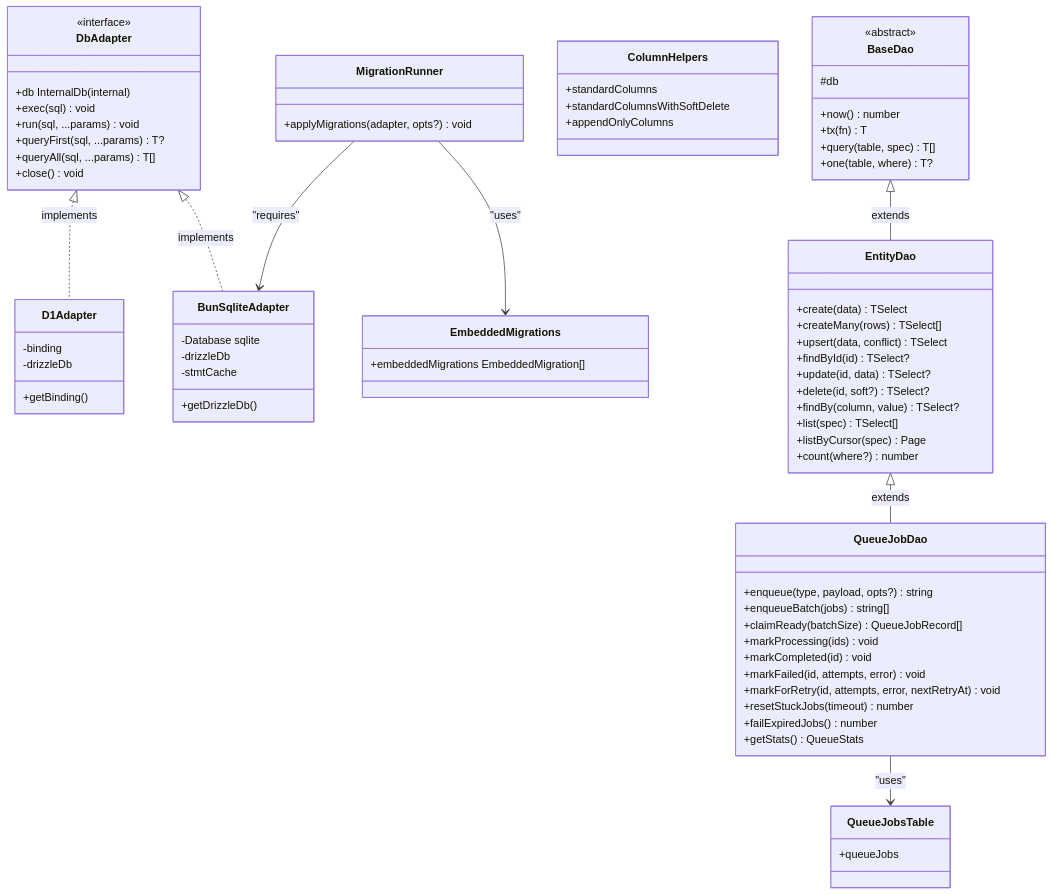
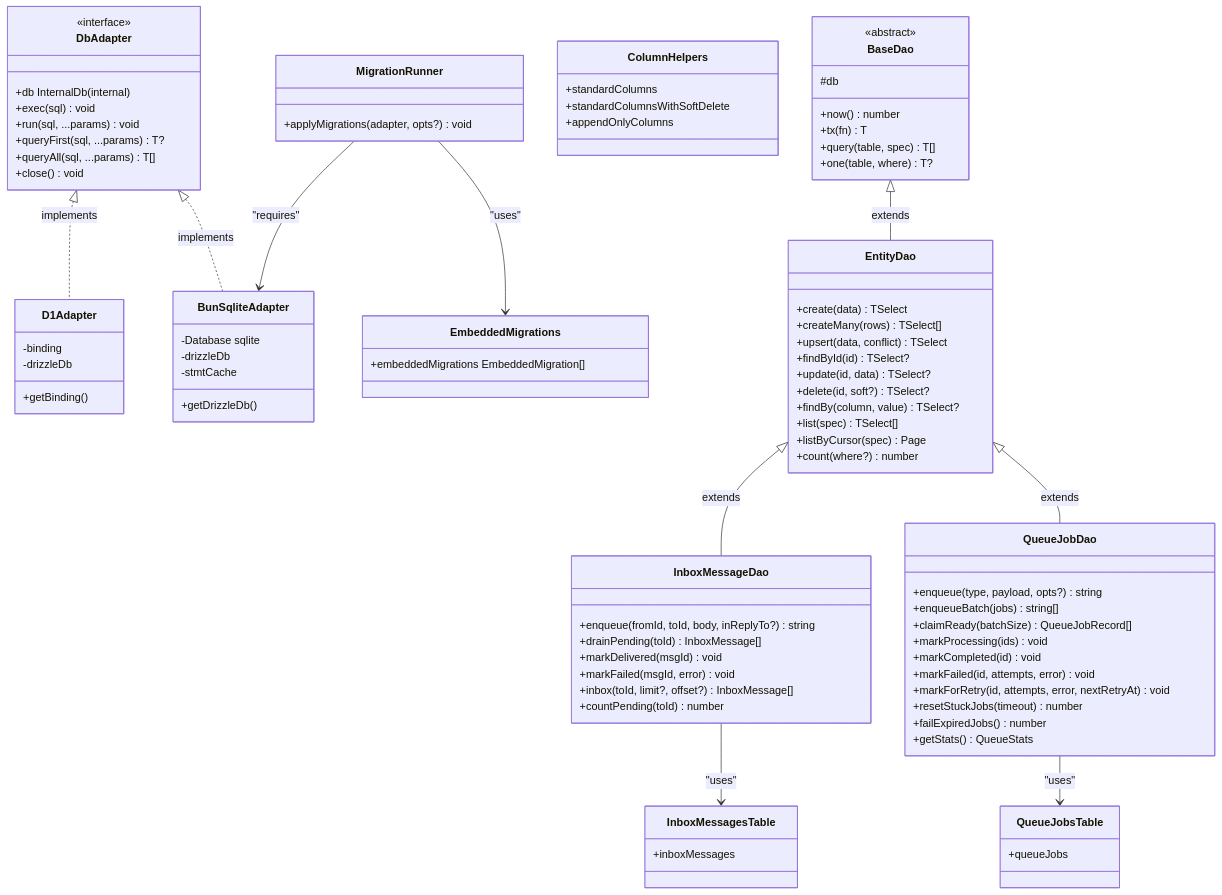
Before and after one commit to gobing-ai/ts-libs: the diagram in packages/db/README.md, drawn with Mermaid. The commit also changed other lines of this file and 1 other file, not shown here.

````diff
--- a/packages/db/README.md
+++ b/packages/db/README.md
@@ -102,6 +103,15 @@
         +getStats() QueueStats
     }
 
+    class InboxMessageDao {
+        +enqueue(fromId, toId, body, inReplyTo?) string
+        +drainPending(toId) InboxMessage[]
+        +markDelivered(msgId) void
+        +markFailed(msgId, error) void
+        +inbox(toId, limit?, offset?) InboxMessage[]
+        +countPending(toId) number
+    }
+
     class ColumnHelpers {
         +standardColumns
         +standardColumnsWithSoftDelete
@@ -110,6 +120,10 @@
 
     class QueueJobsTable {
         +queueJobs
+    }
+
+    class InboxMessagesTable {
+        +inboxMessages
     }
 
     class MigrationRunner {
@@ -124,7 +138,9 @@
     DbAdapter <|.. D1Adapter : implements
     BaseDao <|-- EntityDao : extends
     EntityDao <|-- QueueJobDao : extends
+    EntityDao <|-- InboxMessageDao : extends
     QueueJobDao --> QueueJobsTable : "uses"
+    InboxMessageDao --> InboxMessagesTable : "uses"
     MigrationRunner --> EmbeddedMigrations : "uses"
     MigrationRunner --> BunSqliteAdapter : "requires"
 ```
````
